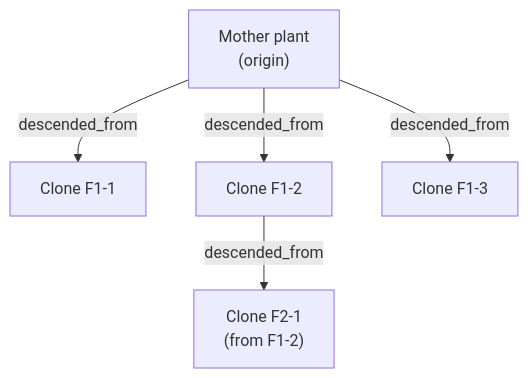
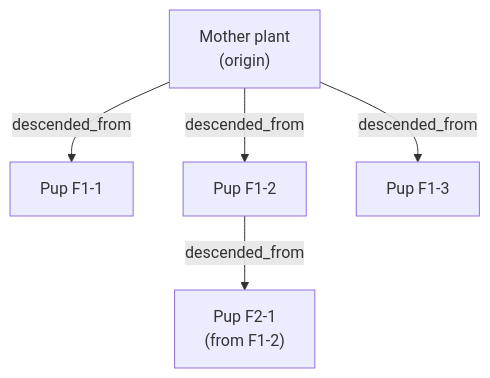
Before and after one commit to nolte/kamerplanter: the first of 2 diagrams in docs/en/user-guide/propagation.md, drawn with Mermaid. The commit also changed other lines of this file and 2 other files, not shown here.

````diff
--- a/docs/en/user-guide/propagation.md
+++ b/docs/en/user-guide/propagation.md
@@ -146,12 +118,12 @@
 ```mermaid
 flowchart TB
     M["Mother plant<br/>(origin)"]
-    K1["Clone F1-1"]
-    K2["Clone F1-2"]
-    K3["Clone F1-3"]
-    K2_1["Clone F2-1<br/>(from F1-2)"]
+    K1["Pup F1-1"]
+    K2["Pup F1-2"]
+    K3["Pup F1-3"]
+    K2_1["Pup F2-1<br/>(from F1-2)"]
     M -->|descended_from| K1
     M -->|descended_from| K2
     M -->|descended_from| K3
     K2 -->|descended_from| K2_1
 ```
````
